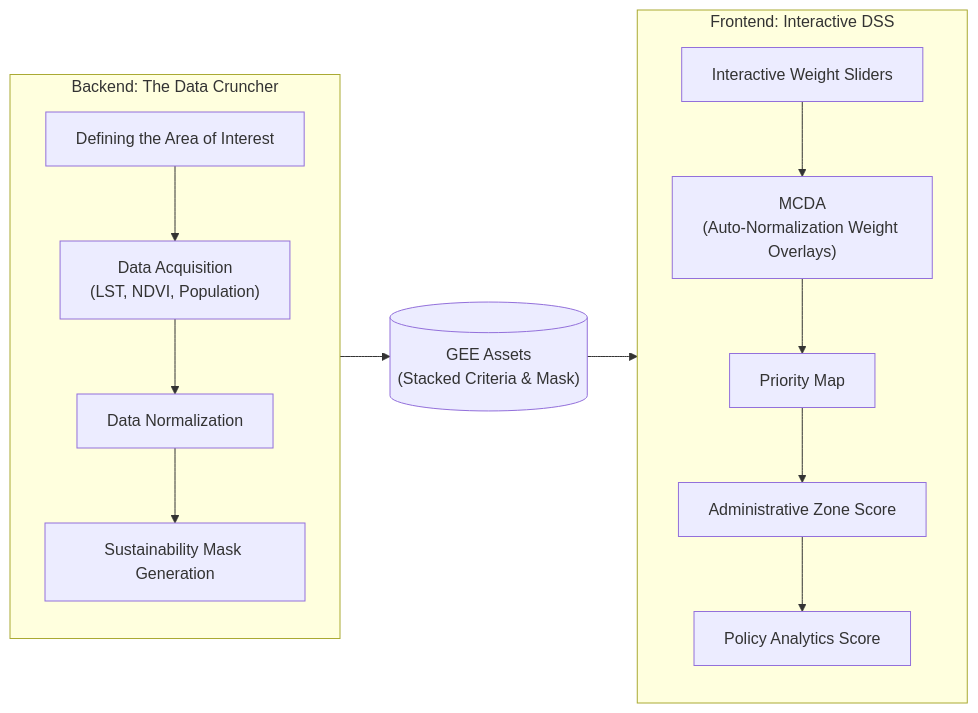
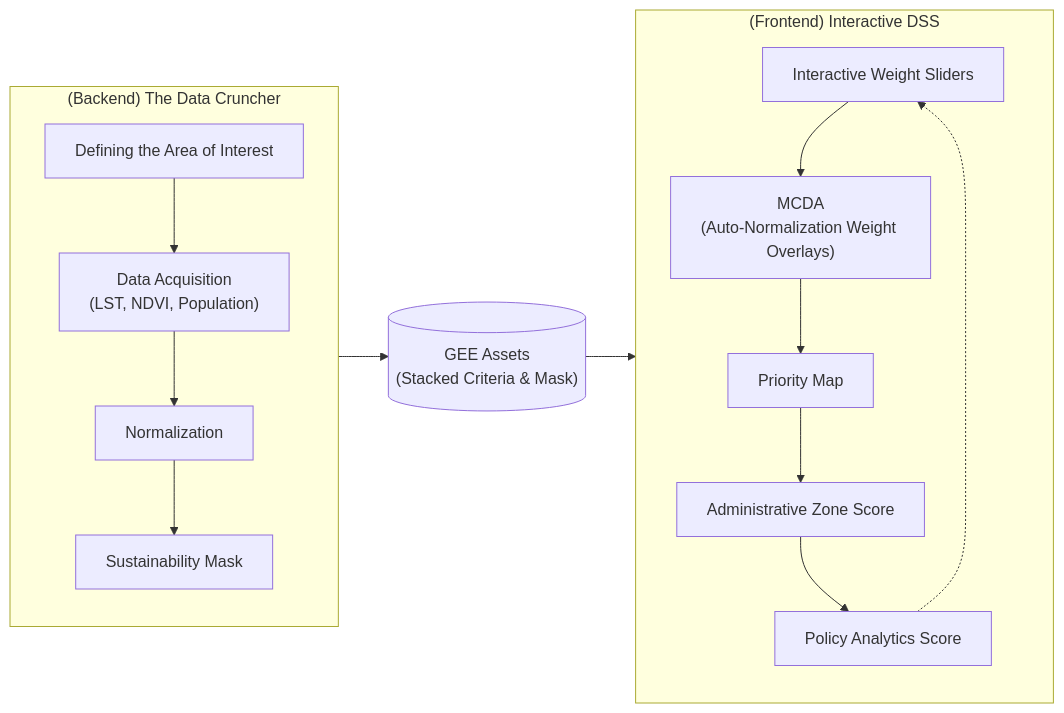
One commit to AashleshaS/Strategic-Afforestation-Dashboard changed the diagram in README.md. Above: the diagram before and after it, drawn with Mermaid.

````diff
--- a/README.md
+++ b/README.md
@@ -42,25 +42,34 @@
 ```mermaid
 graph LR
-    subgraph Backend ["Backend: The Data Cruncher"]
+    subgraph Backend ["(Backend) The Data Cruncher"]
         direction TB
-        A1["Defining the Area of Interest"] --> A2["Data Acquisition<br/>(LST, NDVI, Population)"]
-        A2 --> A3["Data Normalization"]
-        A3 --> A4["Sustainability Mask Generation"]
+        B1["Defining the Area of Interest"]
+        B2["Data Acquisition<br/>(LST, NDVI, Population)"]
+        B3["Normalization"]
+        B4["Sustainability Mask"]
+        B1 --> B2 --> B3 --> B4
     end
 
-    %% Export to Asset
-    A4 --> Asset
+    %% Connection from Backend to Asset
+    Backend --> Asset
 
     Asset[("GEE Assets<br/>(Stacked Criteria & Mask)")]
 
-    subgraph Frontend ["Frontend: Interactive DSS"]
+    subgraph Frontend ["(Frontend) Interactive DSS"]
         direction TB
-        F1["Interactive Weight Sliders"] --> F2["MCDA<br/>(Auto-Normalization Weight Overlays)"]
-        F2 --> F3["Priority Map"]
-        F3 --> F4["Administrative Zone Score"]
-        F4 --> F5["Policy Analytics Score"]
+        F1["Interactive Weight Sliders"]
+        F2["MCDA<br/>(Auto-Normalization Weight Overlays)"]
+        F3["Priority Map"]
+        F4["Administrative Zone Score"]
+        F5["Policy Analytics Score"]
+        
+        F1 --> F2
+        F2 --> F3 --> F4 --> F5
     end
 
-    %% Direct connection to MCDA
+    %% Direct connection to MCDA engine
     Asset --> F2
+
+    %% Feedback loop for Bi-directional Navigation
+    F5 -.-> F1
 ```
````
